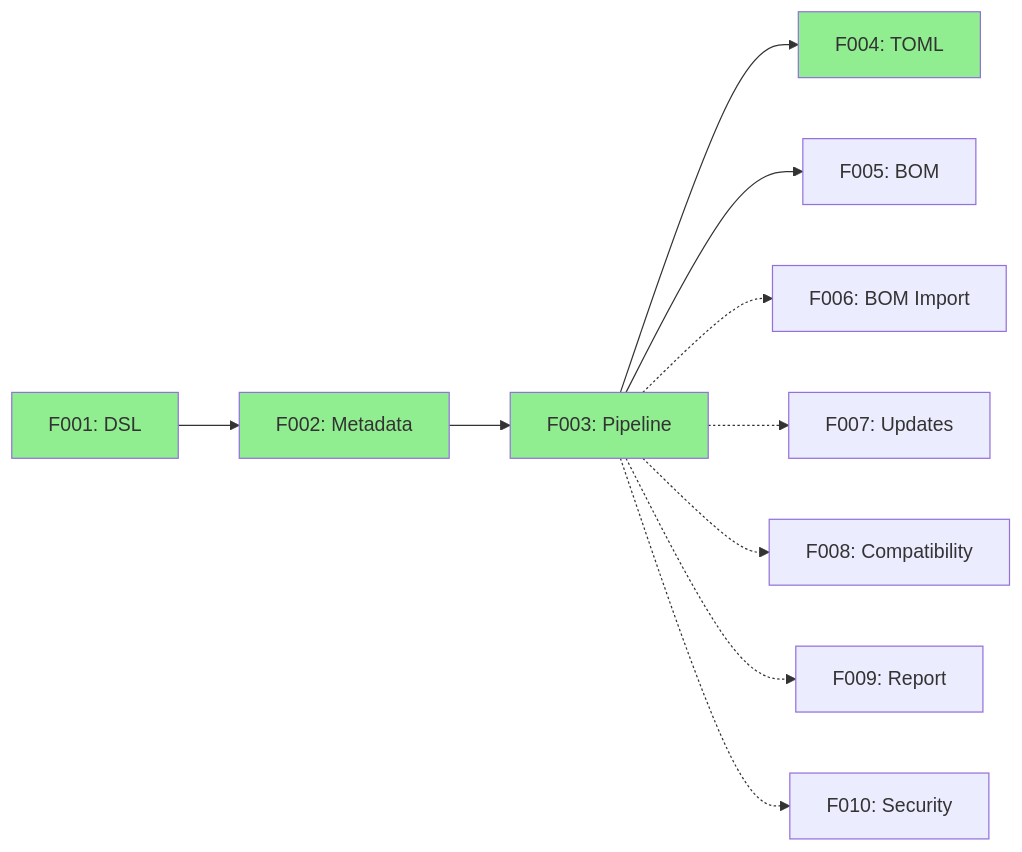
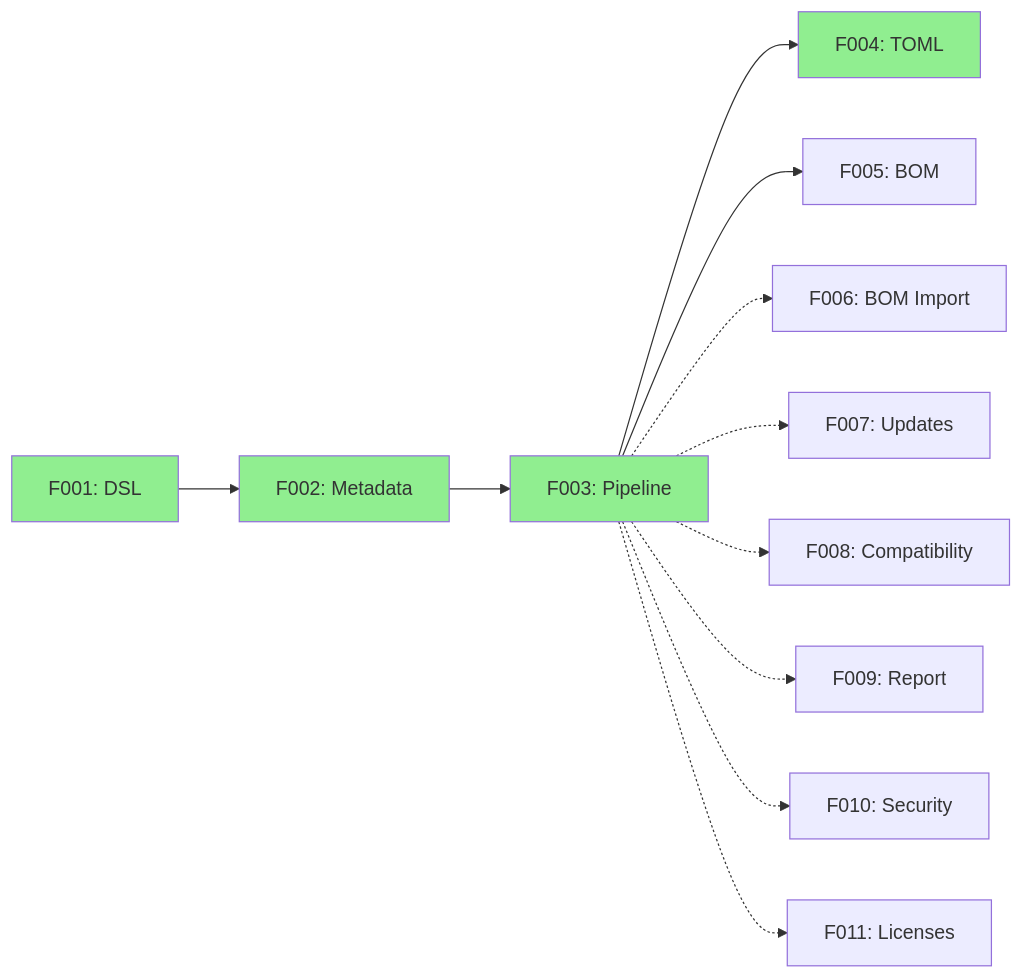
Before and after one commit to zenhelix/dependanger: the second of 2 diagrams in docs/02-features/index.adoc, drawn with Mermaid. The commit also changed other lines of this file and 3 other files, not shown here.

```diff
--- a/docs/02-features/index.adoc
+++ b/docs/02-features/index.adoc
@@ -157,18 +166,19 @@
 [mermaid,target=feature-deps,format=svg]
 ----
 flowchart LR
     F001[F001: DSL] --> F002[F002: Metadata]
     F002 --> F003[F003: Pipeline]
     F003 --> F004[F004: TOML]
     F003 --> F005[F005: BOM]
     F003 -.-> F006[F006: BOM Import]
     F003 -.-> F007[F007: Updates]
     F003 -.-> F008[F008: Compatibility]
     F003 -.-> F009[F009: Report]
     F003 -.-> F010[F010: Security]
+    F003 -.-> F011[F011: Licenses]
 
     style F001 fill:#90EE90
     style F002 fill:#90EE90
     style F003 fill:#90EE90
     style F004 fill:#90EE90
 ----
```
